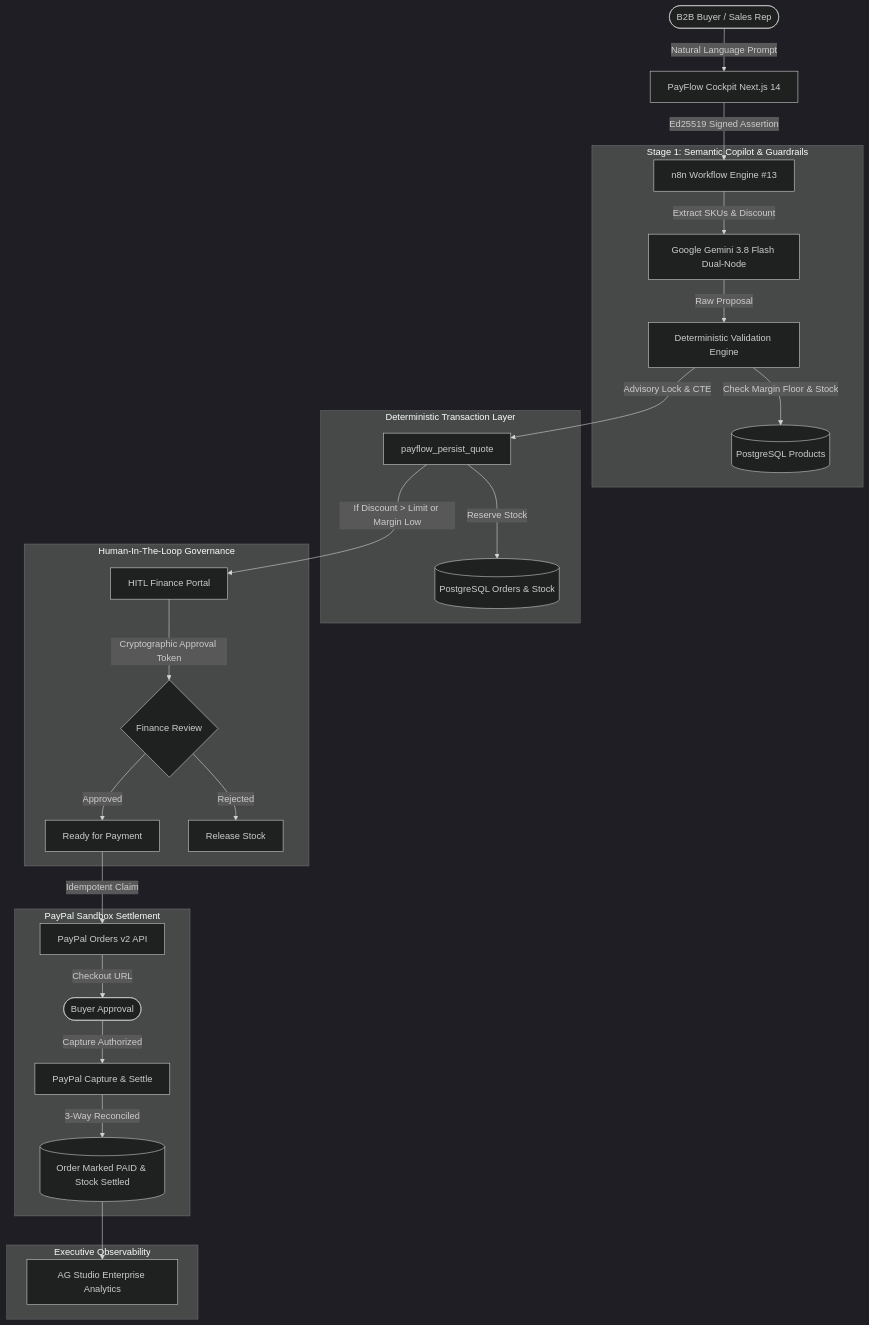
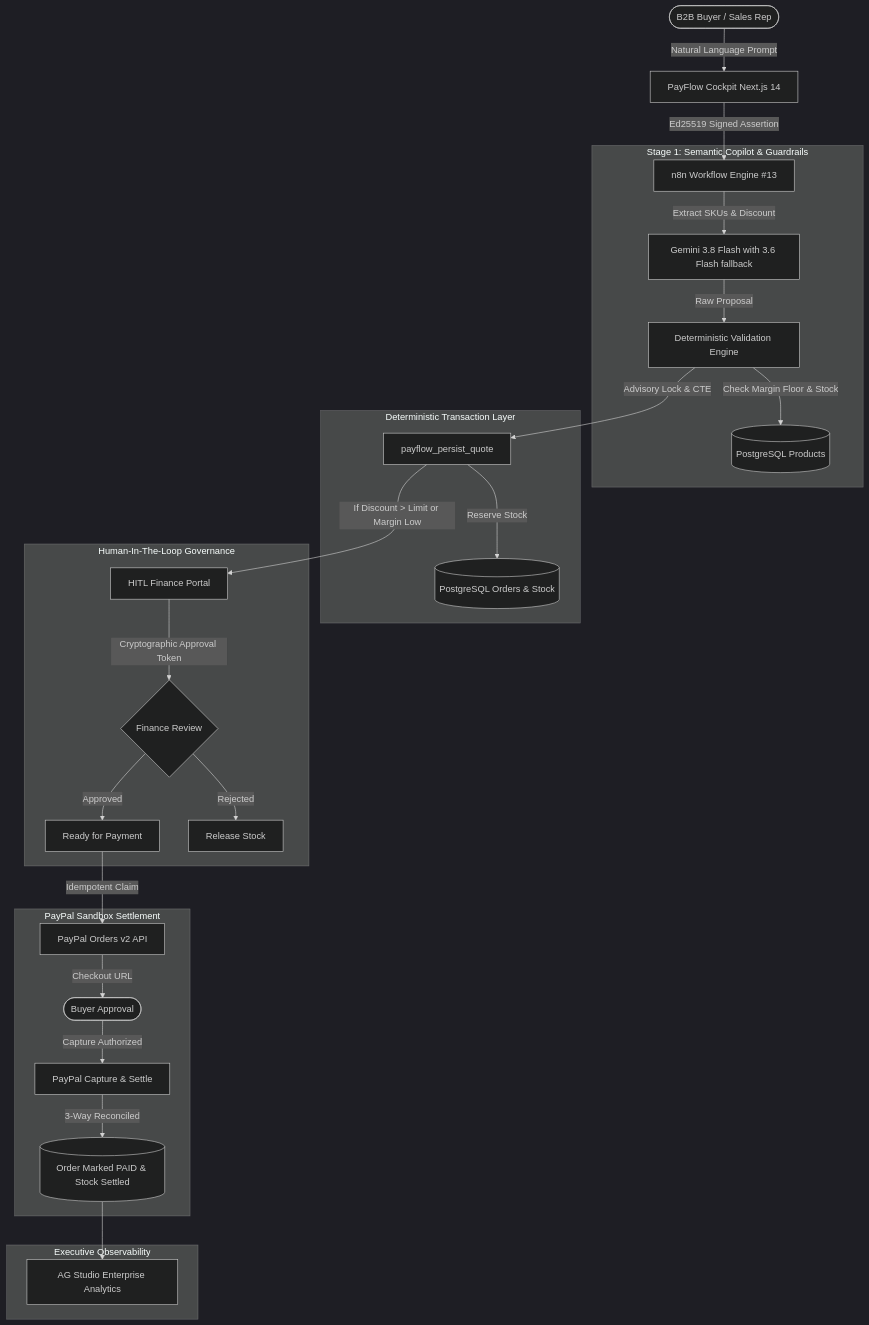
One commit to Robe092/MAD changed the diagram in docs/ARCHITECTURE.md. Above: the diagram before and after it, drawn with Mermaid (dark theme). The commit also changed other lines of this file and 5 other files, not shown here.

Commit message:
Fall back to Gemini 3.6 Flash for jury evaluation

````diff
--- a/docs/ARCHITECTURE.md
+++ b/docs/ARCHITECTURE.md
@@ -11,34 +11,34 @@
 ```mermaid
 flowchart TD
     User([B2B Buyer / Sales Rep]) -->|Natural Language Prompt| NextJS[PayFlow Cockpit Next.js 14]
     NextJS -->|Ed25519 Signed Assertion| Engine[n8n Workflow Engine #13]
     
     subgraph Stage1["Stage 1: Semantic Copilot & Guardrails"]
-        Engine -->|Extract SKUs & Discount| Gemini[Google Gemini 3.8 Flash Dual-Node]
+        Engine -->|Extract SKUs & Discount| Gemini[Gemini 3.8 Flash with 3.6 Flash fallback]
         Gemini -->|Raw Proposal| Guardrails[Deterministic Validation Engine]
         Guardrails -->|Check Margin Floor & Stock| Catalog[(PostgreSQL Products)]
     end
     
     subgraph SQL["Deterministic Transaction Layer"]
         Guardrails -->|Advisory Lock & CTE| Persist[payflow_persist_quote]
         Persist -->|Reserve Stock| DB[(PostgreSQL Orders & Stock)]
     end
     
     subgraph HITL["Human-In-The-Loop Governance"]
         Persist -->|If Discount > Limit or Margin Low| Approvals[HITL Finance Portal]
         Approvals -->|Cryptographic Approval Token| Decision{Finance Review}
         Decision -->|Approved| SettlePrep[Ready for Payment]
         Decision -->|Rejected| CancelQuote[Release Stock]
     end
     
     subgraph Settlement["PayPal Sandbox Settlement"]
         SettlePrep -->|Idempotent Claim| PayPalAPI[PayPal Orders v2 API]
         PayPalAPI -->|Checkout URL| Buyer([Buyer Approval])
         Buyer -->|Capture Authorized| Capture[PayPal Capture & Settle]
         Capture -->|3-Way Reconciled| FinalOrder[(Order Marked PAID & Stock Settled)]
     end
     
     subgraph Analytics["Executive Observability"]
         FinalOrder --> Studio[AG Studio Enterprise Analytics]
     end
 ```
````
